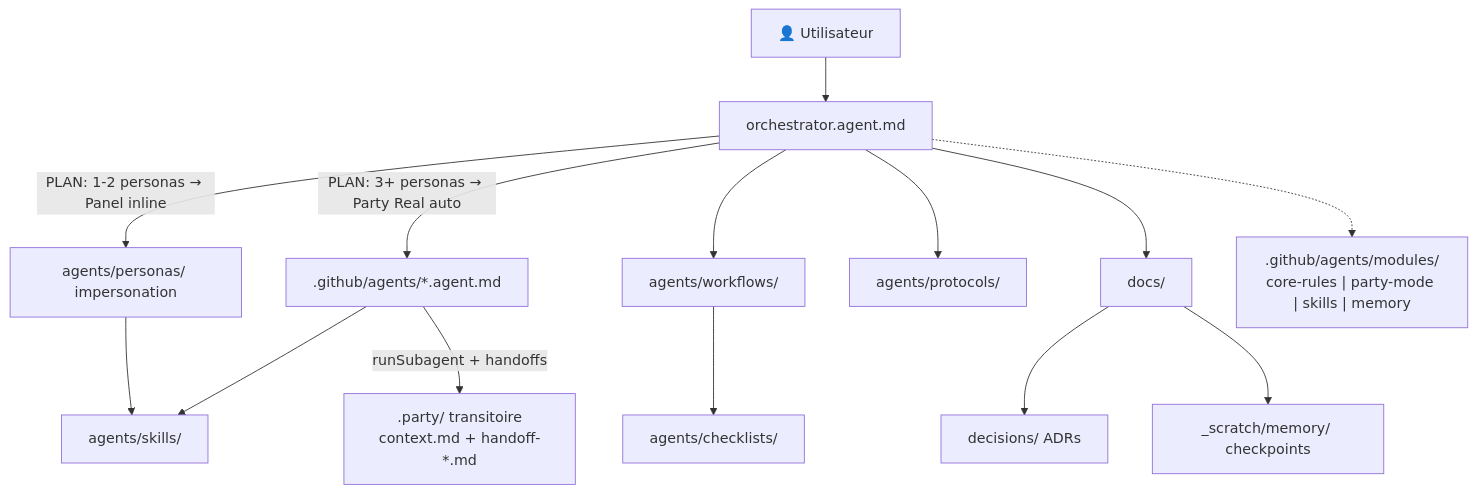
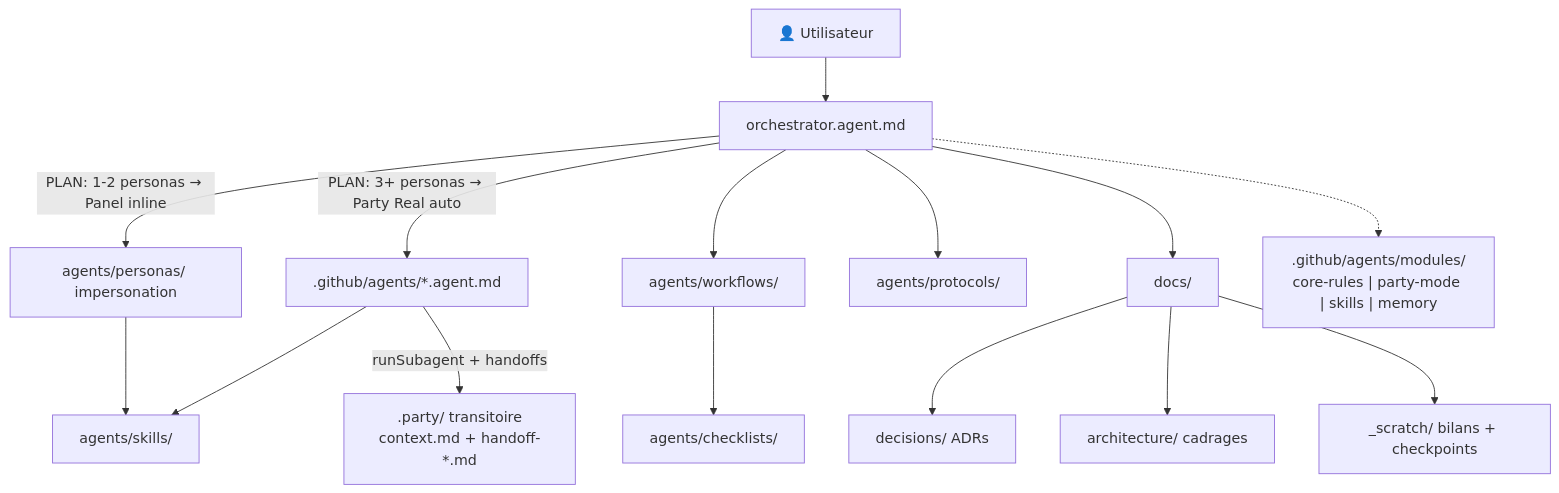
Before and after one commit to zavrocKk/zav-sandbox: the diagram in README.md, drawn with Mermaid. The commit also changed other lines of this file and 1 other file, not shown here.

First line of the commit message:
docs: update README and memory README to reflect artifact governance changes

````diff
--- a/README.md
+++ b/README.md
@@ -188,16 +191,17 @@
 ```mermaid
 flowchart TD
     U[👤 Utilisateur] --> O[orchestrator.agent.md]
     O -->|PLAN: 1-2 personas → Panel inline| P[agents/personas/ impersonation]
     O -->|PLAN: 3+ personas → Party Real auto| SA[.github/agents/*.agent.md]
     SA -->|runSubagent + handoffs| PARTY[".party/ transitoire\ncontext.md + handoff-*.md"]
     O --> W[agents/workflows/]
     O --> PR[agents/protocols/]
     P --> S[agents/skills/]
     SA --> S
     O --> D[docs/]
     D --> DEC[decisions/ ADRs]
-    D --> SCR[_scratch/memory/ checkpoints]
+    D --> ARC[architecture/ cadrages]
+    D --> SCR[_scratch/ bilans + checkpoints]
     W --> CHKL[agents/checklists/]
     O -.-> MOD[".github/agents/modules/\ncore-rules | party-mode | skills | memory"]
 ```
````
